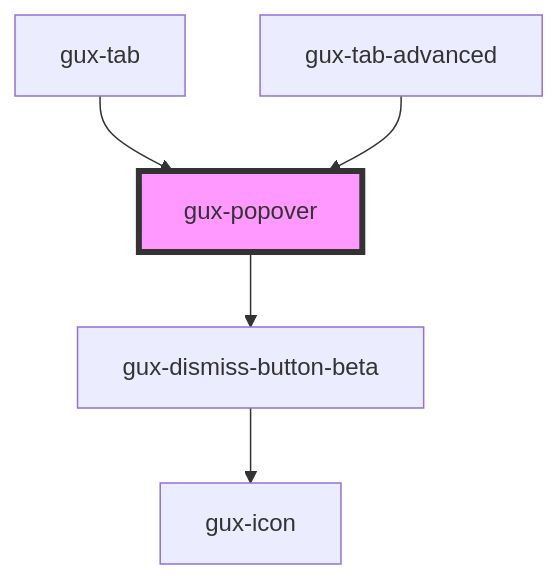
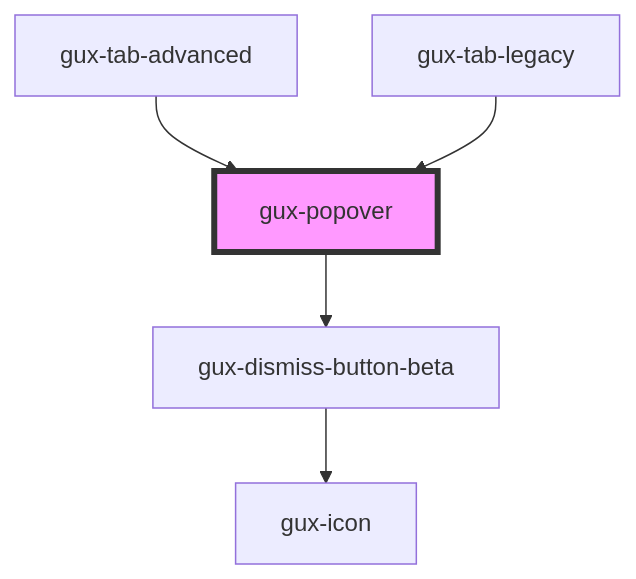
One commit to MyPureCloud/genesys-spark changed the diagram in src/components/stable/gux-popover/readme.md. Above: the diagram before and after it, drawn with Mermaid. The commit also changed other lines of this file and 135 other files, not shown here.

Commit message:
feat(gux-tabs): unify tab component APIs

````diff
--- a/src/components/stable/gux-popover/readme.md
+++ b/src/components/stable/gux-popover/readme.md
@@ -42,8 +42,8 @@
 ```mermaid
 graph TD;
   gux-popover --> gux-dismiss-button-beta
   gux-dismiss-button-beta --> gux-icon
-  gux-tab --> gux-popover
   gux-tab-advanced --> gux-popover
+  gux-tab-legacy --> gux-popover
   style gux-popover fill:#f9f,stroke:#333,stroke-width:4px
 ```
````
